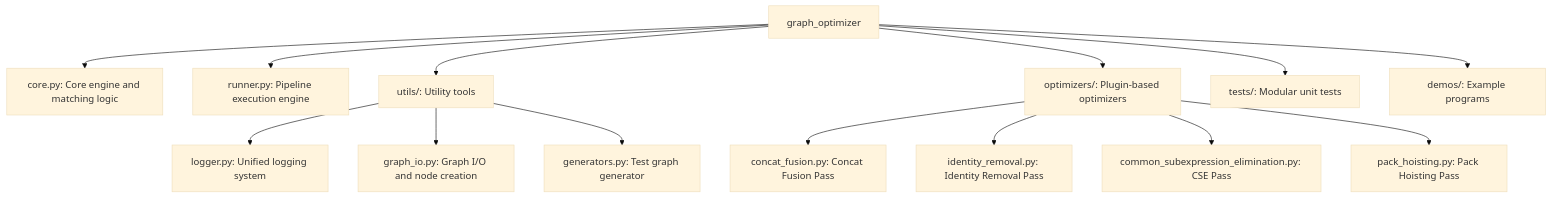
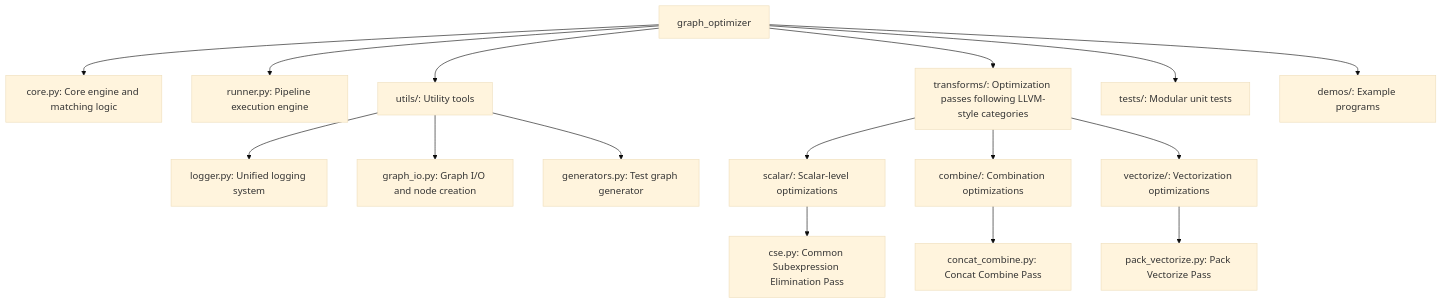
The diagram in README.md (Iorest/graph_optimizer), drawn with Mermaid (base theme) before and after one commit. The commit also changed other lines of this file and 49 other files, not shown here.

````diff
--- a/README.md
+++ b/README.md
@@ -19,16 +19,18 @@
 ```mermaid
-graph TD
+ graph TD
     Root[graph_optimizer] --> Core[core.py: Core engine and matching logic]
     Root --> Runner[runner.py: Pipeline execution engine]
     Root --> Utils[utils/: Utility tools]
     Utils --> Log[logger.py: Unified logging system]
     Utils --> IO[graph_io.py: Graph I/O and node creation]
     Utils --> Gen[generators.py: Test graph generator]
-    Root --> Opts[optimizers/: Plugin-based optimizers]
-    Opts --> CF[concat_fusion.py: Concat Fusion Pass]
-    Opts --> IR[identity_removal.py: Identity Removal Pass]
-    Opts --> CSE[common_subexpression_elimination.py: CSE Pass]
-    Opts --> PH[pack_hoisting.py: Pack Hoisting Pass]
+    Root --> Transforms[transforms/: Optimization passes following LLVM-style categories]
+    Transforms --> Scalar[scalar/: Scalar-level optimizations]
+    Scalar --> CSE[cse.py: Common Subexpression Elimination Pass]
+    Transforms --> Combine[combine/: Combination optimizations]
+    Combine --> ConcatCombine[concat_combine.py: Concat Combine Pass]
+    Transforms --> Vectorize[vectorize/: Vectorization optimizations]
+    Vectorize --> PackVectorize[pack_vectorize.py: Pack Vectorize Pass]
     Root --> Tests[tests/: Modular unit tests]
     Root --> Demos[demos/: Example programs]
 ```
````
